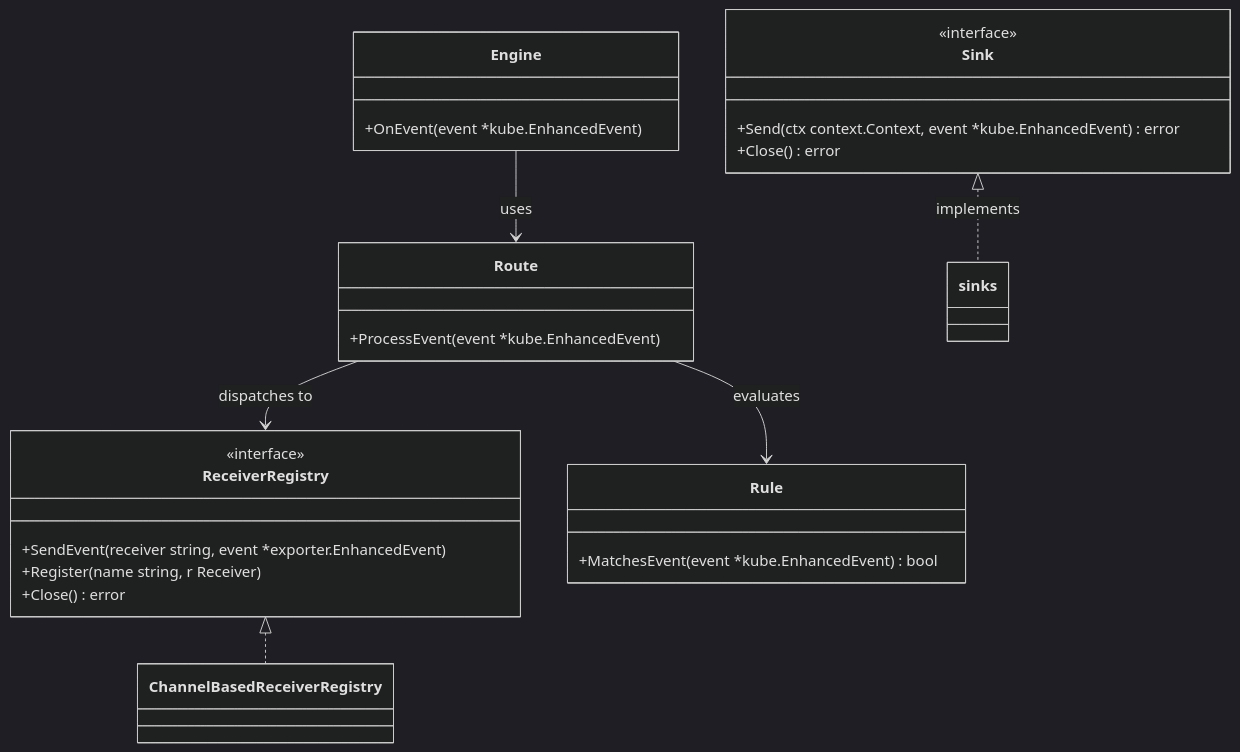
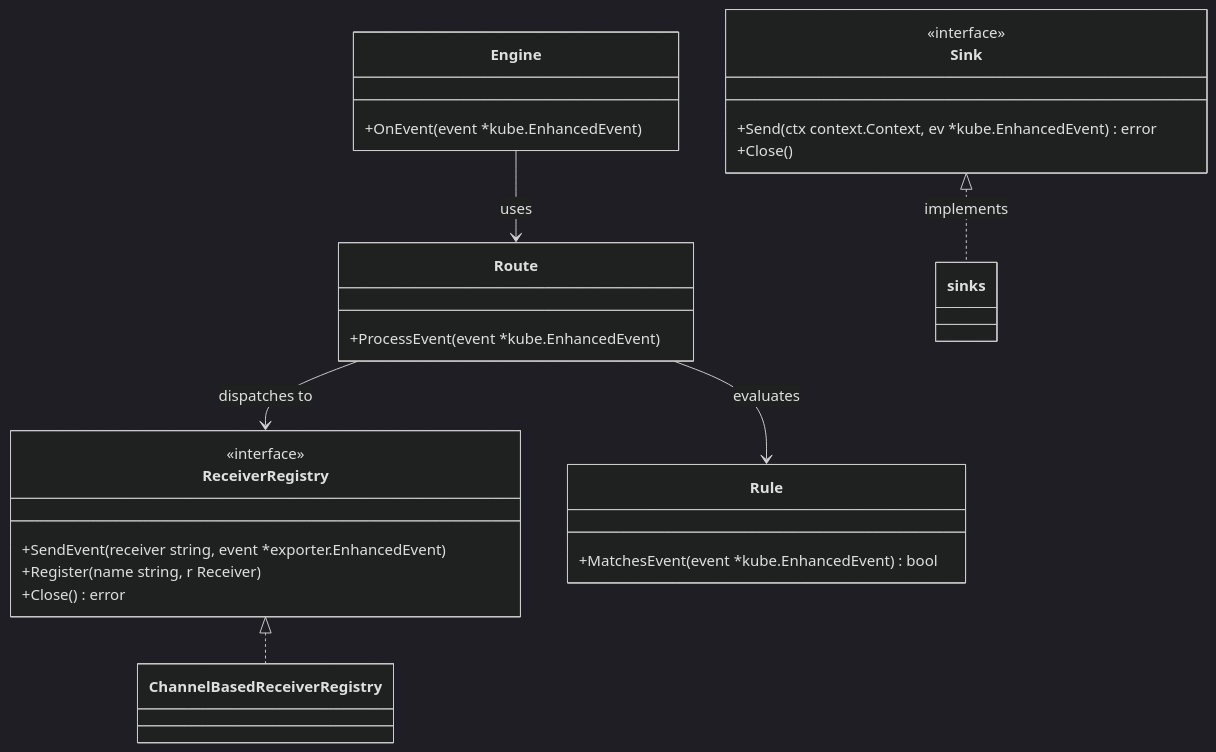
One commit to DavidHernandez21/kubernetes-event-exporter changed the first of 2 diagrams in docs/contracts.md. Above: the diagram before and after it, drawn with Mermaid (dark theme). The commit also changed other lines of this file and 1 other file, not shown here.

````diff
--- a/docs/contracts.md
+++ b/docs/contracts.md
@@ -7,30 +7,30 @@
 ```mermaid
 classDiagram
 %% Interfaces-only contracts
 class Sink {
   <<interface>>
-  +Send(ctx context.Context, event *kube.EnhancedEvent) error
-  +Close() error
+  +Send(ctx context.Context, ev *kube.EnhancedEvent) error
+  +Close()
 }
 class ReceiverRegistry {
   <<interface>>
   +SendEvent(receiver string, event *exporter.EnhancedEvent)
   +Register(name string, r Receiver)
   +Close() error
 }
 class Engine {
   +OnEvent(event *kube.EnhancedEvent)
 }
 class Route {
   +ProcessEvent(event *kube.EnhancedEvent)
 }
 class Rule {
   +MatchesEvent(event *kube.EnhancedEvent) bool
 }
 
 Sink <|.. sinks : implements
 ReceiverRegistry <|.. ChannelBasedReceiverRegistry
 Engine --> Route : uses
 Route --> Rule : evaluates
 Route --> ReceiverRegistry : dispatches to
 ```
````
